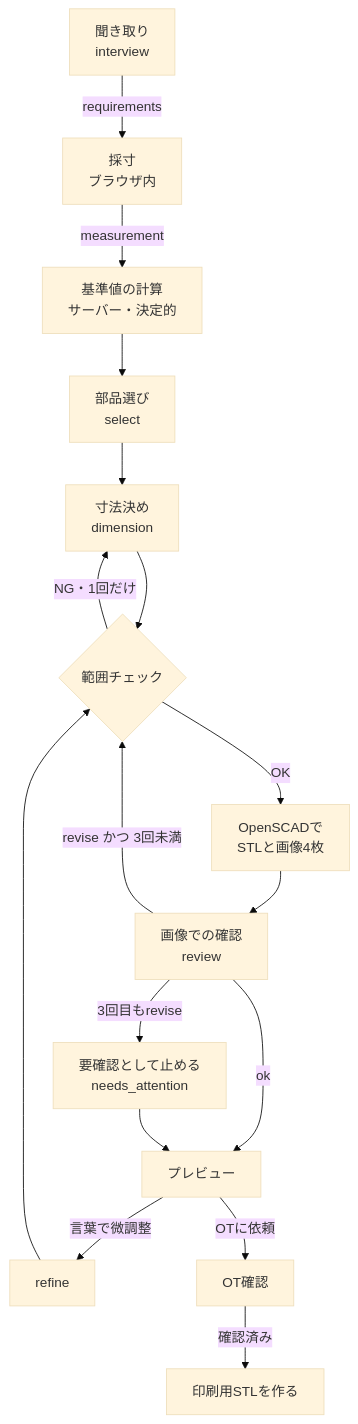
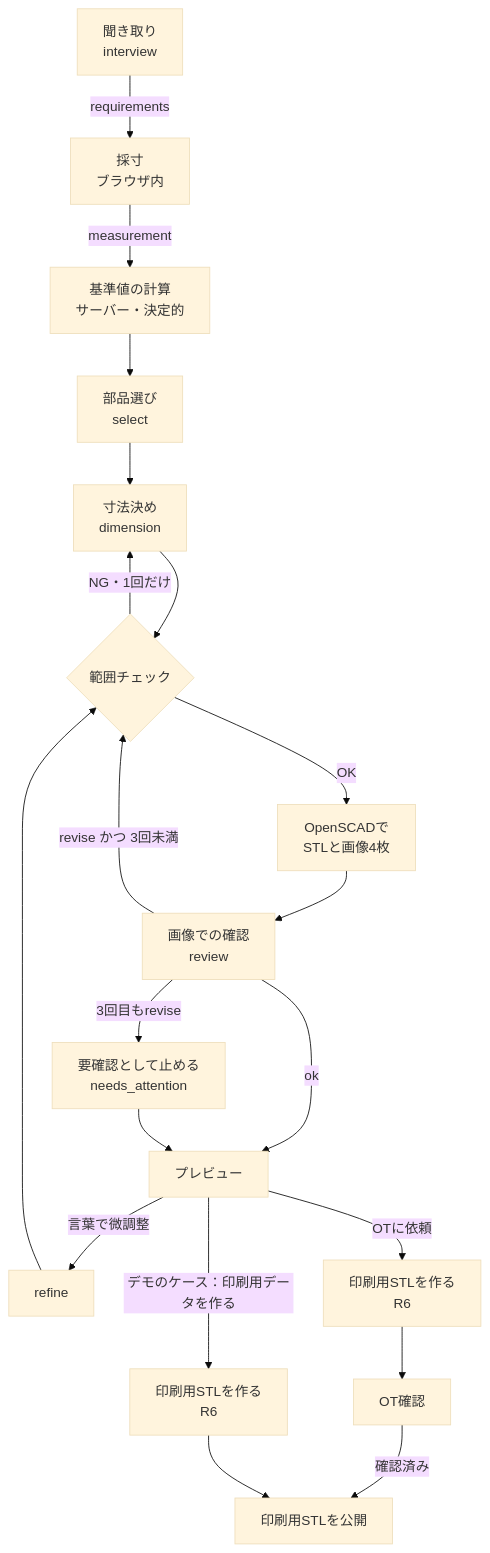
The diagram in docs/generation-pipeline.md (Devfest-Hackathon-2026/df-2026-t101), drawn with Mermaid (base theme) before and after one commit. The commit also changed other lines of this file and 16 other files, not shown here.

````diff
--- a/docs/generation-pipeline.md
+++ b/docs/generation-pipeline.md
@@ -14,18 +14,20 @@
 ```mermaid
 flowchart TD
   I[聞き取り<br/>interview] -->|requirements| M[採寸<br/>ブラウザ内]
   M -->|measurement| B[基準値の計算<br/>サーバー・決定的]
   B --> S[部品選び<br/>select]
   S --> D[寸法決め<br/>dimension]
   D --> V{範囲チェック}
   V -->|NG・1回だけ| D
   V -->|OK| R[OpenSCADで<br/>STLと画像4枚]
   R --> C[画像での確認<br/>review]
   C -->|ok| P[プレビュー]
   C -->|revise かつ 3回未満| V
   C -->|3回目もrevise| H[要確認として止める<br/>needs_attention]
   H --> P
   P -->|言葉で微調整| F[refine] --> V
-  P -->|OTに依頼| O[OT確認]
-  O -->|確認済み| X[印刷用STLを作る]
+  P -->|OTに依頼| X[印刷用STLを作る<br/>R6]
+  X --> O[OT確認]
+  O -->|確認済み| Y[印刷用STLを公開]
+  P -->|デモのケース：印刷用データを作る| X2[印刷用STLを作る<br/>R6] --> Y
 ```
````
